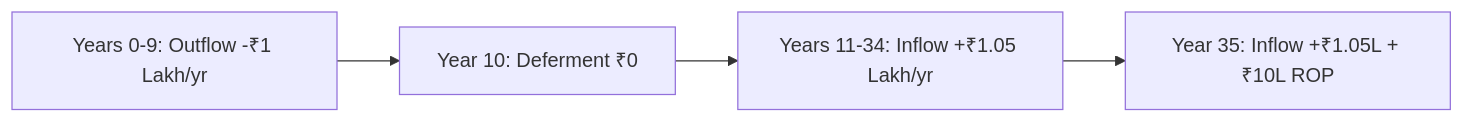
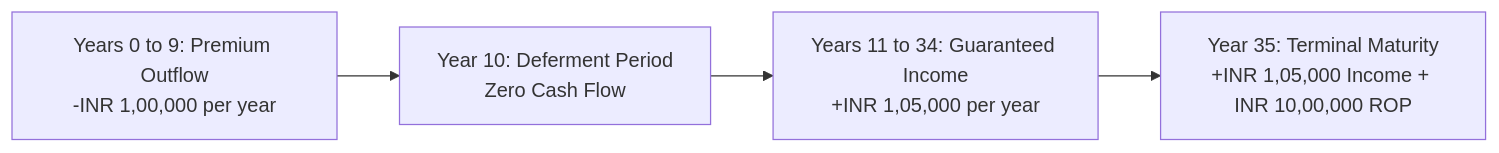
The first of 2 diagrams in src/content/articles/guaranteed-insurance-plans-cash-flow-irr.mdx (chirag127/cover-and-capital-india), drawn with Mermaid before and after one commit. The commit also changed other lines of this file and 19 other files, not shown here.

Commit message:
feat: expand cornerstone guides with deep problem-solving analysis, Policybazaar plan breakdowns, and Mermaid renderer

````diff
--- a/src/content/articles/guaranteed-insurance-plans-cash-flow-irr.mdx
+++ b/src/content/articles/guaranteed-insurance-plans-cash-flow-irr.mdx
@@ -75,6 +102,6 @@
 ```mermaid
 flowchart LR
-    Years0to9[Years 0-9: Outflow -₹1 Lakh/yr] --> Year10[Year 10: Deferment ₹0]
-    Year10 --> Years11to34[Years 11-34: Inflow +₹1.05 Lakh/yr]
-    Years11to34 --> Year35[Year 35: Inflow +₹1.05L + ₹10L ROP]
+    Years0to9["Years 0 to 9: Premium Outflow<br/>-INR 1,00,000 per year"] --> Year10["Year 10: Deferment Period<br/>Zero Cash Flow"]
+    Year10 --> Years11to34["Years 11 to 34: Guaranteed Income<br/>+INR 1,05,000 per year"]
+    Years11to34 --> Year35["Year 35: Terminal Maturity<br/>+INR 1,05,000 Income + INR 10,00,000 ROP"]
 ```
````
